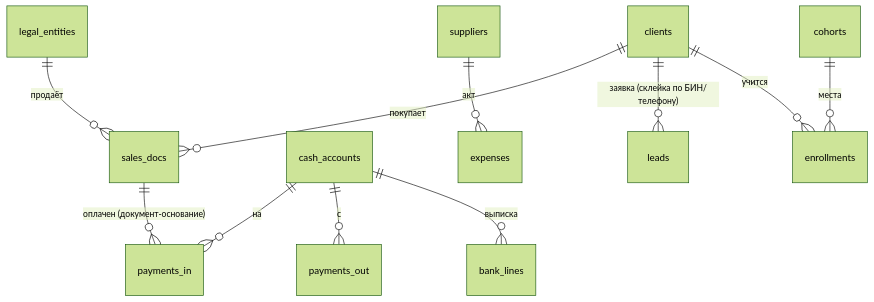
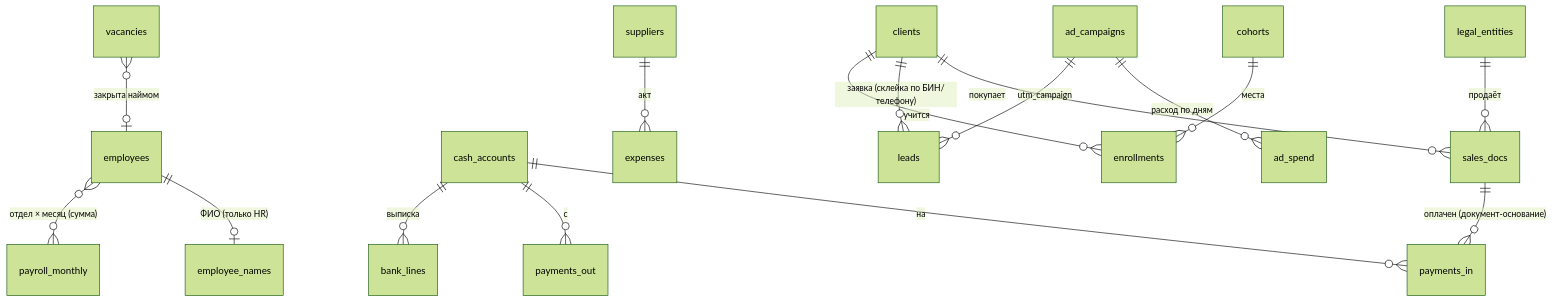
The diagram in examples/airl-hub-demo/DWH.md (aza9908/airl-skills), drawn with Mermaid (forest theme) before and after one commit. The commit also changed other lines of this file and 123 other files, not shown here.

````diff
--- a/examples/airl-hub-demo/DWH.md
+++ b/examples/airl-hub-demo/DWH.md
@@ -43,13 +50,18 @@
 ```mermaid
 erDiagram
     legal_entities ||--o{ sales_docs : продаёт
     clients ||--o{ sales_docs : покупает
     sales_docs ||--o{ payments_in : "оплачен (документ-основание)"
     cash_accounts ||--o{ payments_in : на
     cash_accounts ||--o{ payments_out : с
     cash_accounts ||--o{ bank_lines : выписка
     suppliers ||--o{ expenses : акт
     clients ||--o{ leads : "заявка (склейка по БИН/телефону)"
     cohorts ||--o{ enrollments : места
     clients ||--o{ enrollments : учится
+    employees ||--o| employee_names : "ФИО (только HR)"
+    employees }o--o{ payroll_monthly : "отдел × месяц (сумма)"
+    vacancies }o--o| employees : "закрыта наймом"
+    ad_campaigns ||--o{ ad_spend : "расход по дням"
+    ad_campaigns ||--o{ leads : "utm_campaign"
 ```
````
